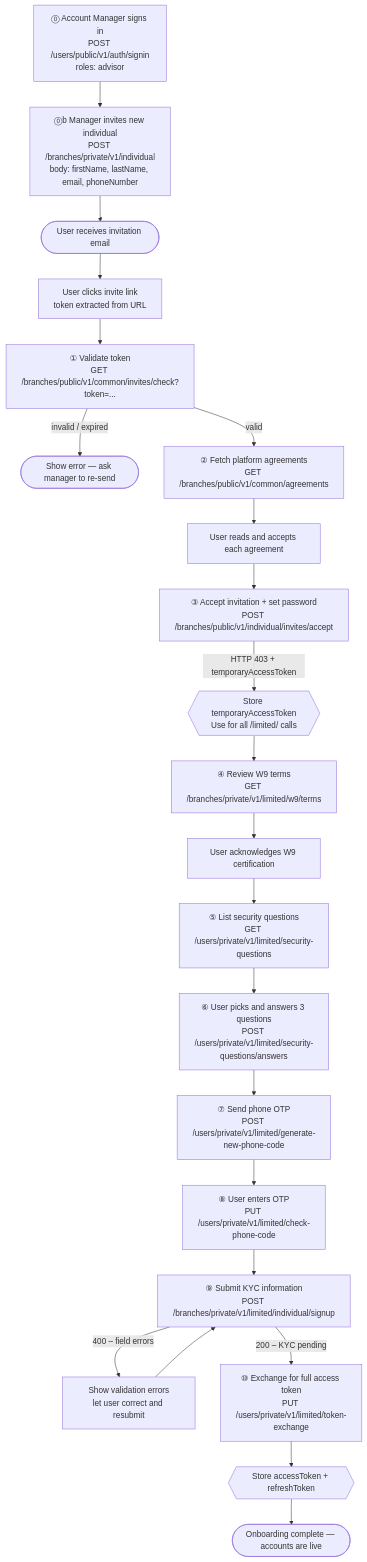
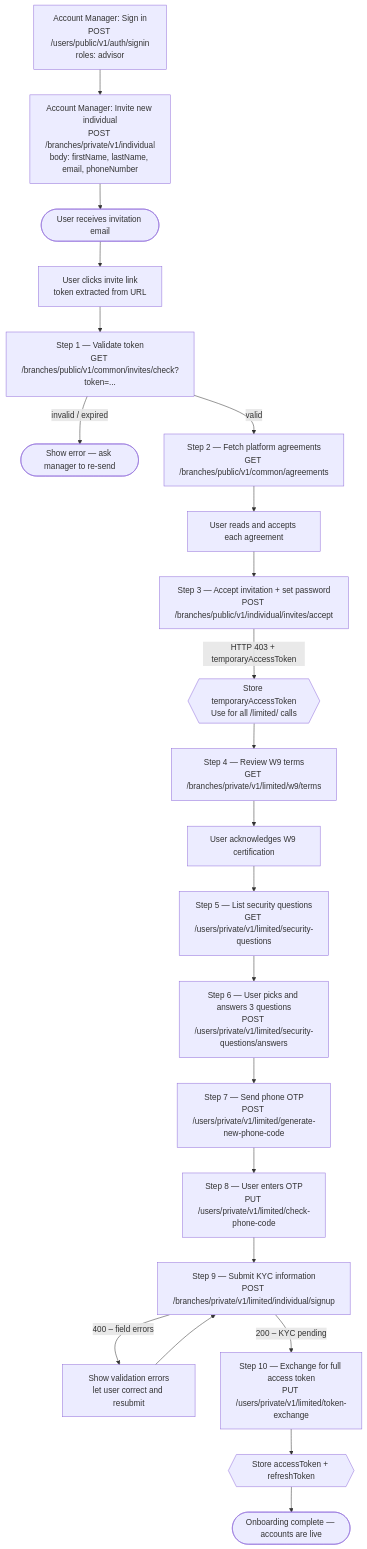
The first of 3 diagrams in docs/Getting Started/getting-started.md (skhan-cpu/readme-paid), drawn with Mermaid before and after one commit.

Commit message:
Update doc `getting-started`

````diff
--- a/docs/Getting Started/getting-started.md
+++ b/docs/Getting Started/getting-started.md
@@ -17,34 +17,34 @@
 ```mermaid
 flowchart TD
-    AM0["⓪ Account Manager signs in\nPOST /users/public/v1/auth/signin\nroles: advisor"]
-    AM0 --> AM1["⓪b Manager invites new individual\nPOST /branches/private/v1/individual\nbody: firstName, lastName, email, phoneNumber"]
+    AM0["Account Manager: Sign in\nPOST /users/public/v1/auth/signin\nroles: advisor"]
+    AM0 --> AM1["Account Manager: Invite new individual\nPOST /branches/private/v1/individual\nbody: firstName, lastName, email, phoneNumber"]
     AM1 --> A([User receives invitation email])
 
     A --> B[User clicks invite link\ntoken extracted from URL]
 
-    B --> C["① Validate token\nGET /branches/public/v1/common/invites/check?token=..."]
+    B --> C["Step 1 — Validate token\nGET /branches/public/v1/common/invites/check?token=..."]
     C -->|invalid / expired| ERR1([Show error — ask manager to re-send])
-    C -->|valid| D["② Fetch platform agreements\nGET /branches/public/v1/common/agreements"]
+    C -->|valid| D["Step 2 — Fetch platform agreements\nGET /branches/public/v1/common/agreements"]
 
     D --> E[User reads and accepts each agreement]
-    E --> F["③ Accept invitation + set password\nPOST /branches/public/v1/individual/invites/accept"]
+    E --> F["Step 3 — Accept invitation + set password\nPOST /branches/public/v1/individual/invites/accept"]
 
     F -->|HTTP 403 + temporaryAccessToken| G{{Store temporaryAccessToken\nUse for all /limited/ calls}}
 
-    G --> H["④ Review W9 terms\nGET /branches/private/v1/limited/w9/terms"]
+    G --> H["Step 4 — Review W9 terms\nGET /branches/private/v1/limited/w9/terms"]
     H --> I[User acknowledges W9 certification]
 
-    I --> J["⑤ List security questions\nGET /users/private/v1/limited/security-questions"]
-    J --> K["⑥ User picks and answers 3 questions\nPOST /users/private/v1/limited/security-questions/answers"]
+    I --> J["Step 5 — List security questions\nGET /users/private/v1/limited/security-questions"]
+    J --> K["Step 6 — User picks and answers 3 questions\nPOST /users/private/v1/limited/security-questions/answers"]
 
-    K --> L["⑦ Send phone OTP\nPOST /users/private/v1/limited/generate-new-phone-code"]
-    L --> M["⑧ User enters OTP\nPUT /users/private/v1/limited/check-phone-code"]
+    K --> L["Step 7 — Send phone OTP\nPOST /users/private/v1/limited/generate-new-phone-code"]
+    L --> M["Step 8 — User enters OTP\nPUT /users/private/v1/limited/check-phone-code"]
 
-    M --> N["⑨ Submit KYC information\nPOST /branches/private/v1/limited/individual/signup"]
+    M --> N["Step 9 — Submit KYC information\nPOST /branches/private/v1/limited/individual/signup"]
     N -->|400 – field errors| ERR2[Show validation errors\nlet user correct and resubmit]
     ERR2 --> N
 
-    N -->|200 – KYC pending| O["⑩ Exchange for full access token\nPUT /users/private/v1/limited/token-exchange"]
+    N -->|200 – KYC pending| O["Step 10 — Exchange for full access token\nPUT /users/private/v1/limited/token-exchange"]
     O --> P{{Store accessToken + refreshToken}}
     P --> Q([Onboarding complete — accounts are live])
 ```
````
